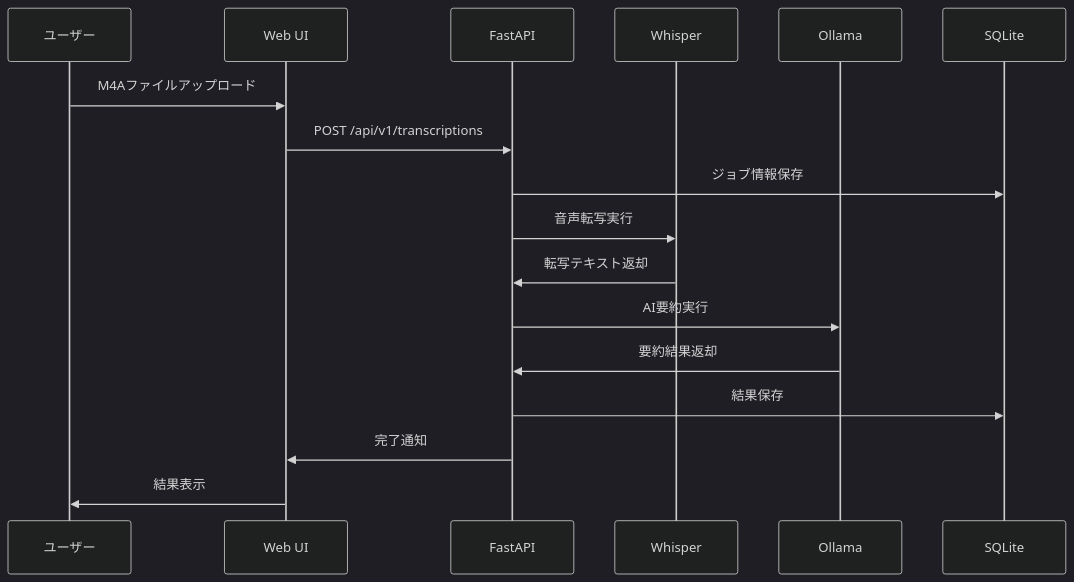
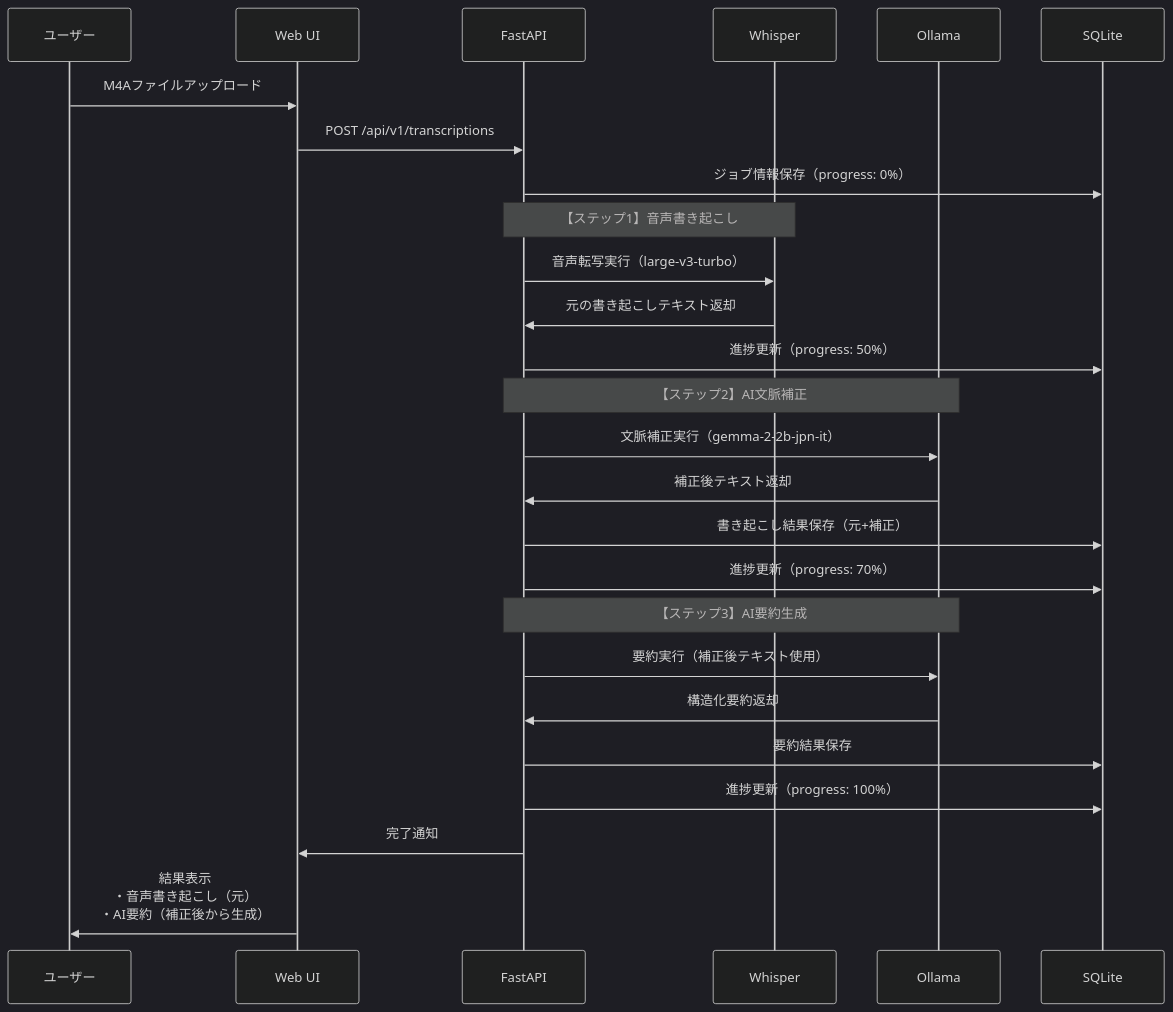
The second of 2 diagrams in README.md (rikumiura32543/LocalAI-WhisperSummarizer), drawn with Mermaid (dark theme) before and after one commit. The commit also changed other lines of this file and 6 other files, not shown here.

````diff
--- a/README.md
+++ b/README.md
@@ -101,20 +111,33 @@
 ```mermaid
 sequenceDiagram
     participant U as ユーザー
     participant W as Web UI
     participant A as FastAPI
     participant WS as Whisper
     participant O as Ollama
     participant DB as SQLite
 
     U->>W: M4Aファイルアップロード
     W->>A: POST /api/v1/transcriptions
-    A->>DB: ジョブ情報保存
-    A->>WS: 音声転写実行
-    WS->>A: 転写テキスト返却
-    A->>O: AI要約実行
-    O->>A: 要約結果返却
-    A->>DB: 結果保存
+    A->>DB: ジョブ情報保存（progress: 0%）
+
+    Note over A,WS: 【ステップ1】音声書き起こし
+    A->>WS: 音声転写実行（large-v3-turbo）
+    WS->>A: 元の書き起こしテキスト返却
+    A->>DB: 進捗更新（progress: 50%）
+
+    Note over A,O: 【ステップ2】AI文脈補正
+    A->>O: 文脈補正実行（gemma-2-2b-jpn-it）
+    O->>A: 補正後テキスト返却
+    A->>DB: 書き起こし結果保存（元+補正）
+    A->>DB: 進捗更新（progress: 70%）
+
+    Note over A,O: 【ステップ3】AI要約生成
+    A->>O: 要約実行（補正後テキスト使用）
+    O->>A: 構造化要約返却
+    A->>DB: 要約結果保存
+    A->>DB: 進捗更新（progress: 100%）
+
     A->>W: 完了通知
-    W->>U: 結果表示
+    W->>U: 結果表示<br/>・音声書き起こし（元）<br/>・AI要約（補正後から生成）
 ```
````
